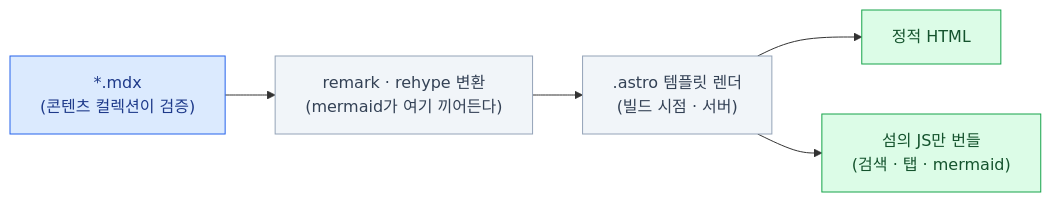
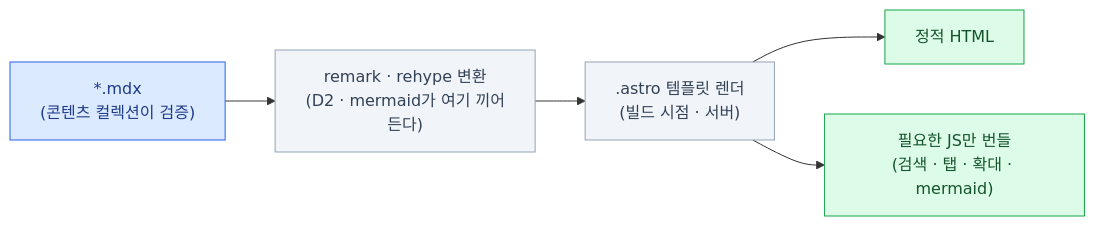
The diagram in src/content/docs/starlight/02-astro.mdx (mechurak/study-starlight), drawn with Mermaid before and after one commit. The commit also changed other lines of this file and 19 other files, not shown here.

Commit message:
feat: enhance diagrams with D2 and interactive Mermaid

````diff
--- a/src/content/docs/starlight/02-astro.mdx
+++ b/src/content/docs/starlight/02-astro.mdx
@@ -144,14 +151,14 @@
 ```mermaid
 flowchart LR
-    MD["*.mdx<br/>(콘텐츠 컬렉션이 검증)"] --> T["remark · rehype 변환<br/>(mermaid가 여기 끼어든다)"]
+    MD["*.mdx<br/>(콘텐츠 컬렉션이 검증)"] --> T["remark · rehype 변환<br/>(D2 · mermaid가 여기 끼어든다)"]
     T --> A[".astro 템플릿 렌더<br/>(빌드 시점 · 서버)"]
     A --> H["정적 HTML"]
-    A --> J["섬의 JS만 번들<br/>(검색 · 탭 · mermaid)"]
+    A --> J["필요한 JS만 번들<br/>(검색 · 탭 · 확대 · mermaid)"]
 
     classDef key  fill:#dbeafe,stroke:#2563eb,color:#1e3a8a
     classDef mute fill:#f1f5f9,stroke:#94a3b8,color:#334155
     classDef ok   fill:#dcfce7,stroke:#16a34a,color:#14532d
     class MD key
     class T,A mute
     class H,J ok
 ```
````
